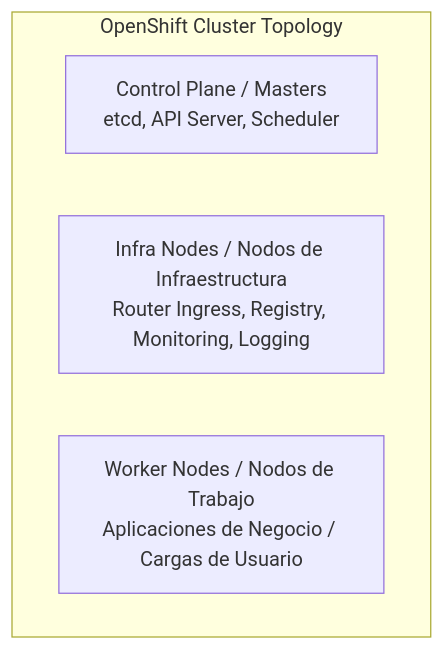
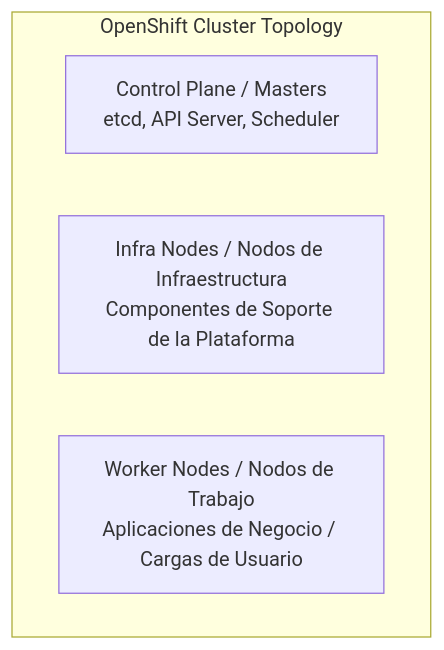
One commit to ieftraining/curso-openshift changed the sixth of 7 diagrams in docs/sesion4/4.2 Recursoso, cuotas y ubicación.md. Above: the diagram before and after it, drawn with Mermaid. The commit also changed other lines of this file, not shown here.

````diff
--- a/docs/sesion4/4.2 Recursoso, cuotas y ubicación.md
+++ b/docs/sesion4/4.2 Recursoso, cuotas y ubicación.md
@@ -272,8 +286,8 @@
 ```mermaid
 flowchart TD
     subgraph OpenShift Cluster Topology
         A[Control Plane / Masters<br>etcd, API Server, Scheduler]
-        B[Infra Nodes / Nodos de Infraestructura<br>Router Ingress, Registry, Monitoring, Logging]
+        B[Infra Nodes / Nodos de Infraestructura<br>Componentes de Soporte de la Plataforma]
         C[Worker Nodes / Nodos de Trabajo<br>Aplicaciones de Negocio / Cargas de Usuario]
     end
 ```
````
